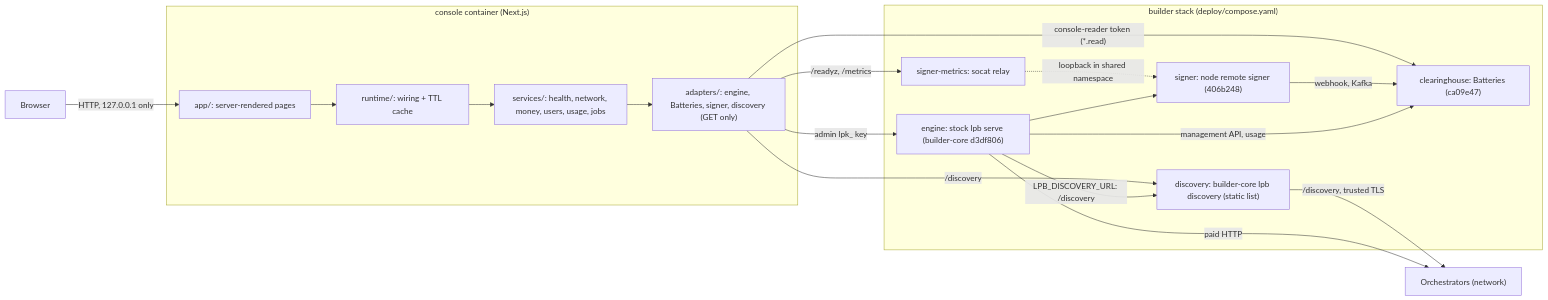
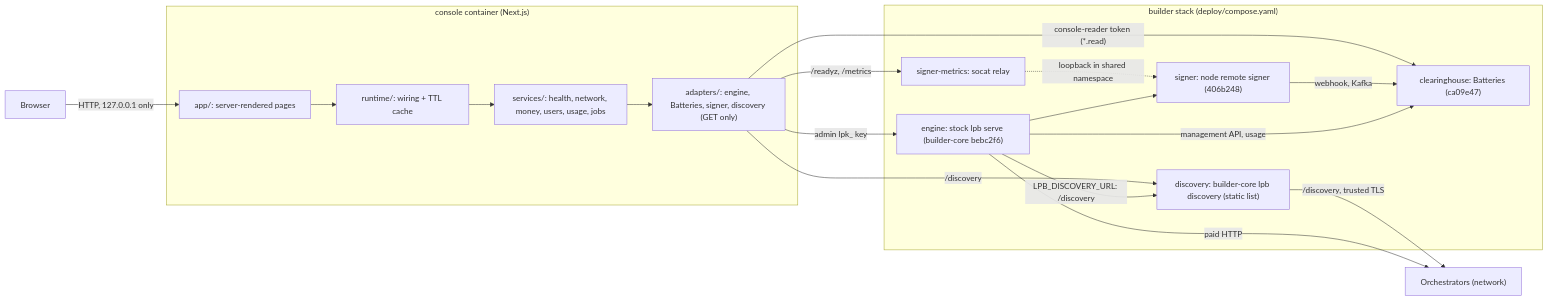
One commit to NE-Build-Track/builder-core-console changed the first of 2 diagrams in ARCHITECTURE.md. Above: the diagram before and after it, drawn with Mermaid. The commit also changed other lines of this file and 33 other files, not shown here.

First line of the commit message:
feat(operator): send an operation reference on every admin command (builder-core D57)

````diff
--- a/ARCHITECTURE.md
+++ b/ARCHITECTURE.md
@@ -9,27 +9,27 @@
 ```mermaid
 flowchart LR
     Browser["Browser"]
     subgraph Console["console container (Next.js)"]
         Pages["app/: server-rendered pages"]
         RT["runtime/: wiring + TTL cache"]
         SVC["services/: health, network, money, users, usage, jobs"]
         AD["adapters/: engine, Batteries, signer, discovery (GET only)"]
     end
     subgraph Stack["builder stack (deploy/compose.yaml)"]
-        Engine["engine: stock lpb serve (builder-core d3df806)"]
+        Engine["engine: stock lpb serve (builder-core bebc2f6)"]
         Bat["clearinghouse: Batteries (ca09e47)"]
         Signer["signer: node remote signer (406b248)"]
         Relay["signer-metrics: socat relay"]
         Disc["discovery: builder-core lpb discovery (static list)"]
     end
     Orch["Orchestrators (network)"]
     Browser -->|"HTTP, 127.0.0.1 only"| Pages --> RT --> SVC --> AD
     AD -->|"admin lpk_ key"| Engine
     AD -->|"console-reader token (*.read)"| Bat
     AD -->|"/discovery"| Disc
     AD -->|"/readyz, /metrics"| Relay -.->|"loopback in shared namespace"| Signer
     Engine --> Signer -->|"webhook, Kafka"| Bat
     Engine -->|"LPB_DISCOVERY_URL: /discovery"| Disc -->|"/discovery, trusted TLS"| Orch
     Engine -->|"paid HTTP"| Orch
     Engine -->|"management API, usage"| Bat
 ```
````
